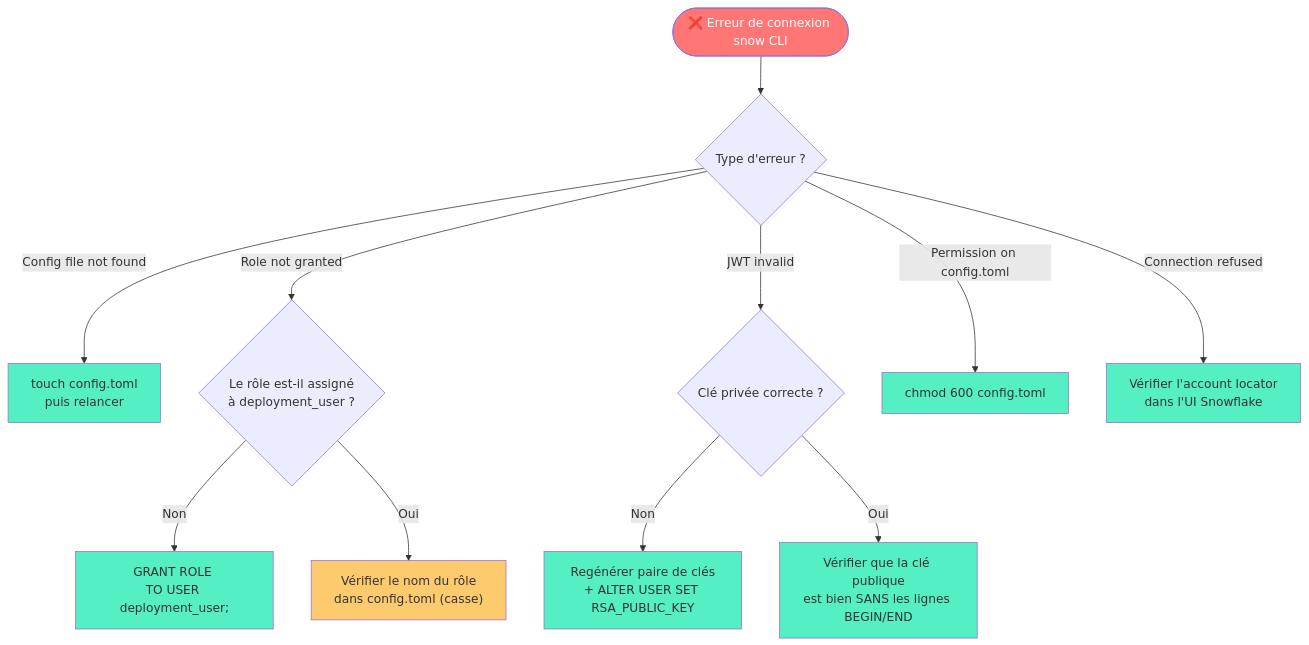
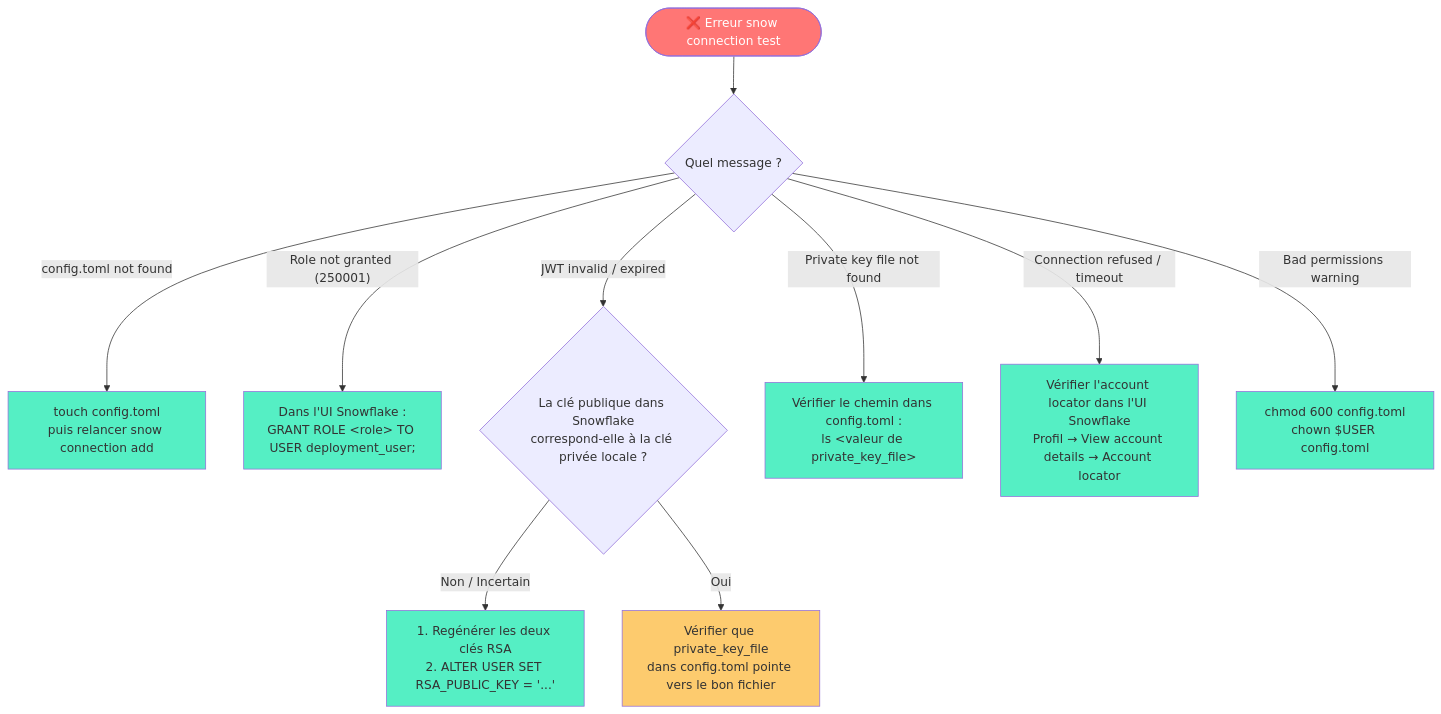
The seventh of 10 diagrams in Snowflake/Déploiement automatique avec Snowflake CLI/Reamde.md (FaridChouchane/Boocamp_Analytics_Engineer_Ada), drawn with Mermaid before and after one commit. The commit also changed other lines of this file, not shown here.

````diff
--- a/Snowflake/Déploiement automatique avec Snowflake CLI/Reamde.md
+++ b/Snowflake/Déploiement automatique avec Snowflake CLI/Reamde.md
@@ -1032,27 +1447,27 @@
 ```mermaid
 flowchart TD
-    ERR([❌ Erreur de connexion snow CLI]) --> Q1{Type d'erreur ?}
+    ERR([❌ Erreur snow connection test]) --> Q1{Quel message ?}
 
-    Q1 -->|"Config file not found"| FIX1["touch config.toml<br/>puis relancer"]
+    Q1 -->|"config.toml not found"| FIX1["touch config.toml<br/>puis relancer snow connection add"]
 
-    Q1 -->|"Role not granted"| Q2{"Le rôle est-il assigné<br/>à deployment_user ?"}
-    Q2 -->|Non| FIX2["GRANT ROLE <r><br/>TO USER deployment_user;"]
-    Q2 -->|Oui| FIX3["Vérifier le nom du rôle<br/>dans config.toml (casse)"]
+    Q1 -->|"Role not granted (250001)"| FIX2["Dans l'UI Snowflake :<br/>GRANT ROLE &lt;role&gt; TO USER deployment_user;"]
 
-    Q1 -->|"JWT invalid"| Q3{"Clé privée correcte ?"}
-    Q3 -->|Non| FIX4["Regénérer paire de clés<br/>+ ALTER USER SET RSA_PUBLIC_KEY"]
-    Q3 -->|Oui| FIX5["Vérifier que la clé publique<br/>est bien SANS les lignes BEGIN/END"]
+    Q1 -->|"JWT invalid / expired"| Q2{"La clé publique dans Snowflake<br/>correspond-elle à la clé privée locale ?"}
+    Q2 -->|Non / Incertain| FIX3["1. Regénérer les deux clés RSA<br/>2. ALTER USER SET RSA_PUBLIC_KEY = '...'"]
+    Q2 -->|Oui| FIX4["Vérifier que private_key_file<br/>dans config.toml pointe vers le bon fichier"]
 
-    Q1 -->|"Permission on config.toml"| FIX6["chmod 600 config.toml"]
+    Q1 -->|"Private key file not found"| FIX5["Vérifier le chemin dans config.toml :<br/>ls &lt;valeur de private_key_file&gt;"]
 
-    Q1 -->|"Connection refused"| FIX7["Vérifier l'account locator<br/>dans l'UI Snowflake"]
+    Q1 -->|"Connection refused / timeout"| FIX6["Vérifier l'account locator dans l'UI Snowflake<br/>Profil → View account details → Account locator"]
+
+    Q1 -->|"Bad permissions warning"| FIX7["chmod 600 config.toml<br/>chown $USER config.toml"]
 
     style ERR fill:#ff7675,color:#fff
     style FIX1 fill:#55efc4,color:#333
     style FIX2 fill:#55efc4,color:#333
-    style FIX3 fill:#fdcb6e,color:#333
-    style FIX4 fill:#55efc4,color:#333
+    style FIX3 fill:#55efc4,color:#333
+    style FIX4 fill:#fdcb6e,color:#333
     style FIX5 fill:#55efc4,color:#333
     style FIX6 fill:#55efc4,color:#333
     style FIX7 fill:#55efc4,color:#333
 ```
````
